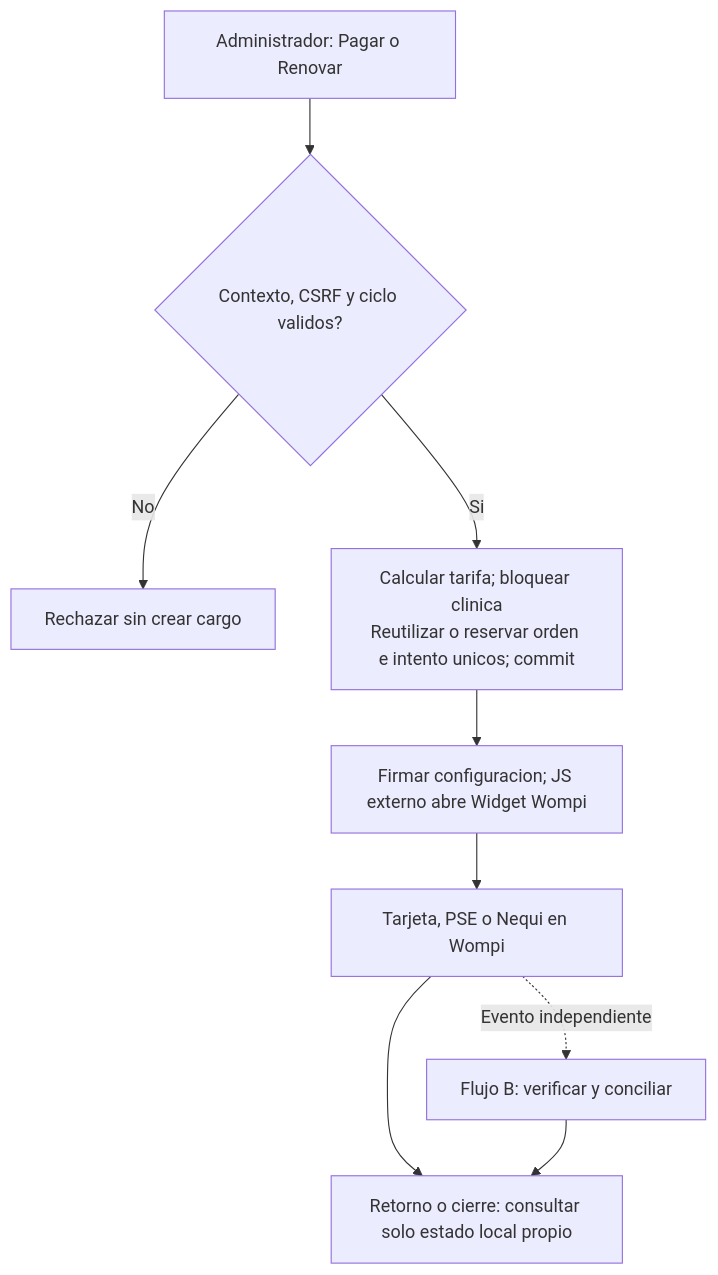
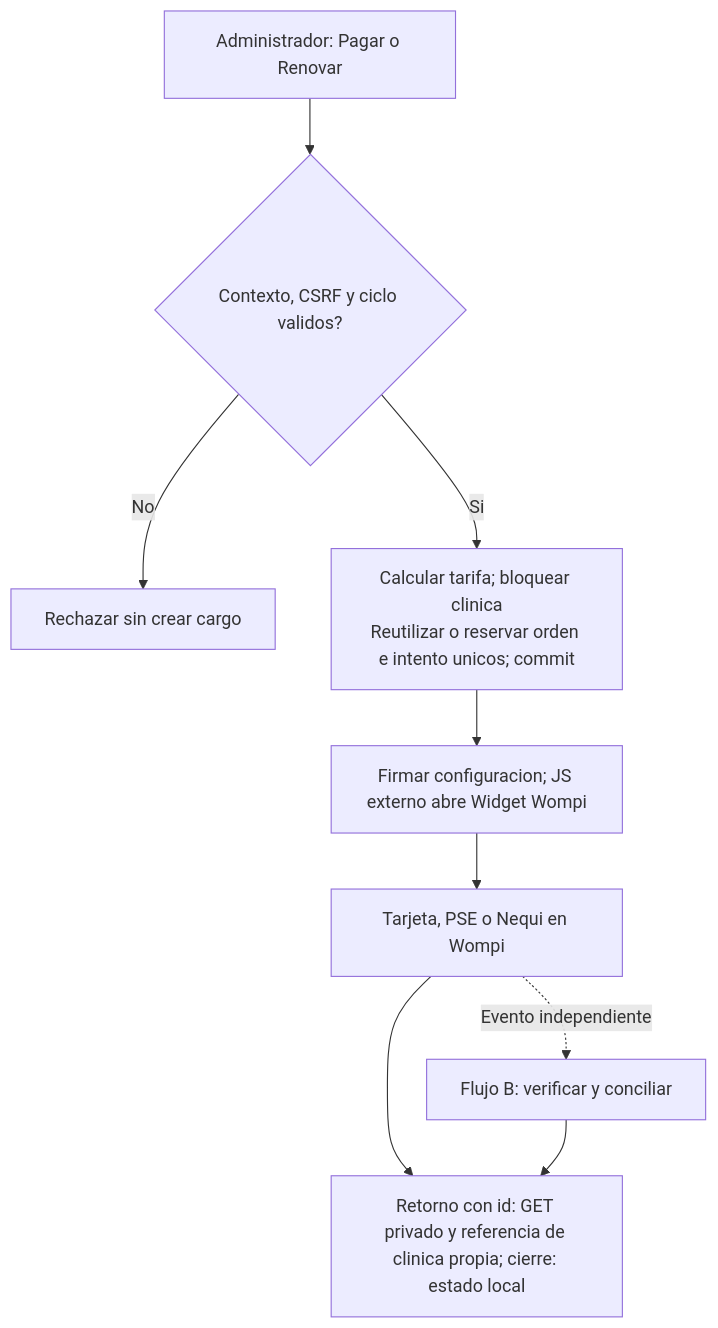
Before and after one commit to carvajal7lsch-commits/Zooki: diagram 32 of 37 in documentacion/Modelos.md, drawn with Mermaid. The commit also changed other lines of this file and 33 other files, not shown here.

````diff
--- a/documentacion/Modelos.md
+++ b/documentacion/Modelos.md
@@ -1405,11 +1413,11 @@
 ```mermaid
 flowchart TD
   A["Administrador: Pagar o Renovar"] --> B{"Contexto, CSRF y ciclo validos?"}
   B -- No --> X["Rechazar sin crear cargo"]
   B -- Si --> C["Calcular tarifa; bloquear clinica\nReutilizar o reservar orden e intento unicos; commit"]
   C --> D["Firmar configuracion; JS externo abre Widget Wompi"]
   D --> E["Tarjeta, PSE o Nequi en Wompi"]
-  E --> F["Retorno o cierre: consultar solo estado local propio"]
+  E --> F["Retorno con id: GET privado y referencia de clinica propia; cierre: estado local"]
   E -. "Evento independiente" .-> G["Flujo B: verificar y conciliar"]
   G --> F
 ```
````
